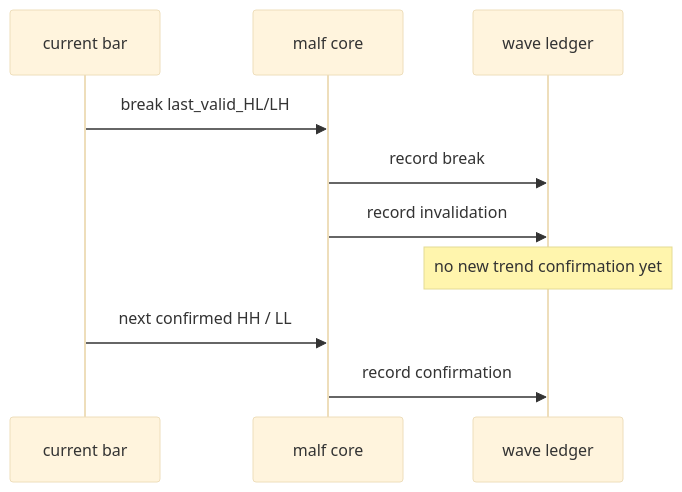
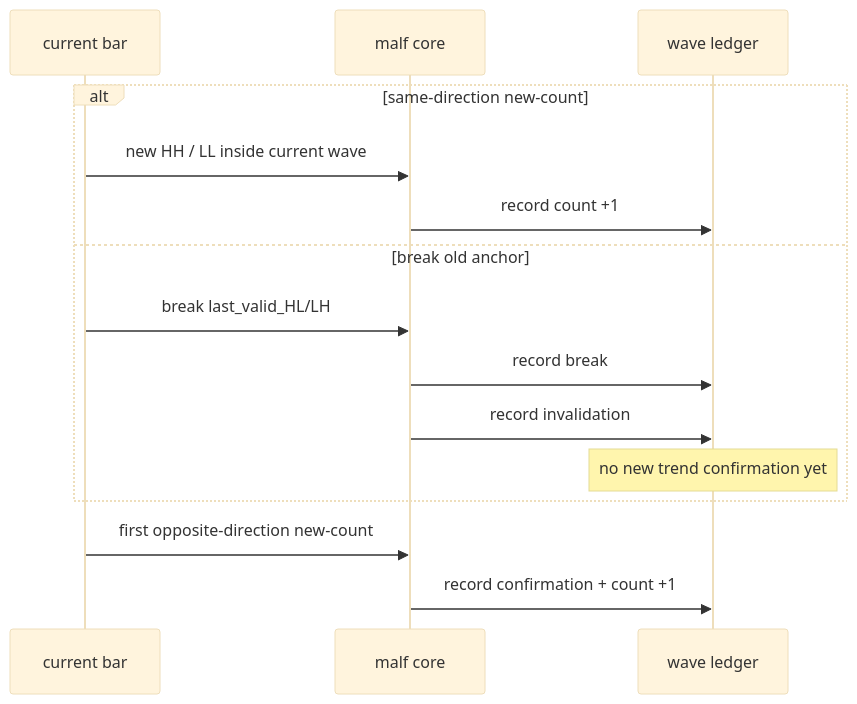
Before and after one commit to everything-is-simple/lifespan-0.01: the second of 3 diagrams in docs/03-execution/82-malf-break-invalidation-confirmation-contract-freeze-card-20260419.md, drawn with Mermaid (base theme). The commit also changed other lines of this file and 4 other files, not shown here.

````diff
--- a/docs/03-execution/82-malf-break-invalidation-confirmation-contract-freeze-card-20260419.md
+++ b/docs/03-execution/82-malf-break-invalidation-confirmation-contract-freeze-card-20260419.md
@@ -61,13 +65,18 @@
 ```mermaid
 sequenceDiagram
     participant Bar as current bar
     participant Core as malf core
     participant Wave as wave ledger
 
-    Bar->>Core: break last_valid_HL/LH
-    Core->>Wave: record break
-    Core->>Wave: record invalidation
-    Note over Wave: no new trend confirmation yet
-    Bar->>Core: next confirmed HH / LL
-    Core->>Wave: record confirmation
+    alt same-direction new-count
+        Bar->>Core: new HH / LL inside current wave
+        Core->>Wave: record count +1
+    else break old anchor
+        Bar->>Core: break last_valid_HL/LH
+        Core->>Wave: record break
+        Core->>Wave: record invalidation
+        Note over Wave: no new trend confirmation yet
+    end
+    Bar->>Core: first opposite-direction new-count
+    Core->>Wave: record confirmation + count +1
 ```
````
